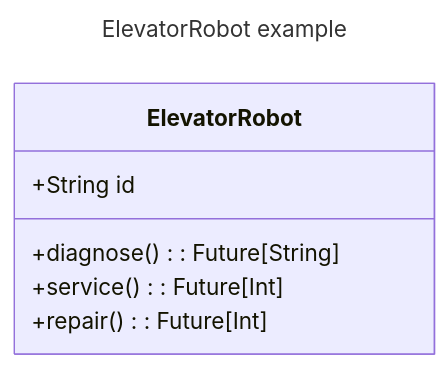
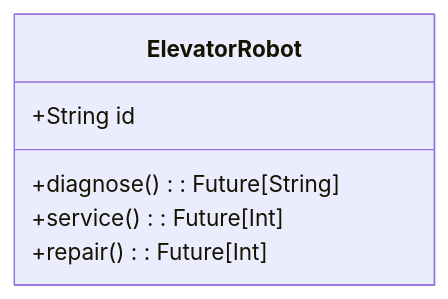
Before and after one commit to RommelTJ/UML_and_OOD: the fourth of 7 diagrams in 05_UMLBasicsAndFundamentalDiagramTypes/01_UML_Basics_And_Fundamental_Diagram_Types.md, drawn with Mermaid.

Commit message:
:bug: s6: Fixes mermaid diagram syntax

````diff
--- a/05_UMLBasicsAndFundamentalDiagramTypes/01_UML_Basics_And_Fundamental_Diagram_Types.md
+++ b/05_UMLBasicsAndFundamentalDiagramTypes/01_UML_Basics_And_Fundamental_Diagram_Types.md
@@ -153,12 +153,9 @@
 ```mermaid
----
-title: ElevatorRobot example
----
 classDiagram
   class ElevatorRobot {
     +String id
     +diagnose(): Future[String]
     +service(): Future[Int]
     +repair(): Future[Int]
   }
 ```
````
